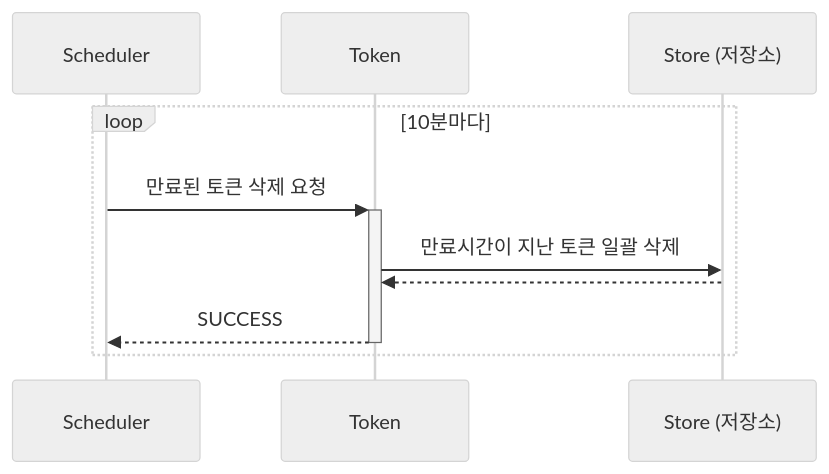
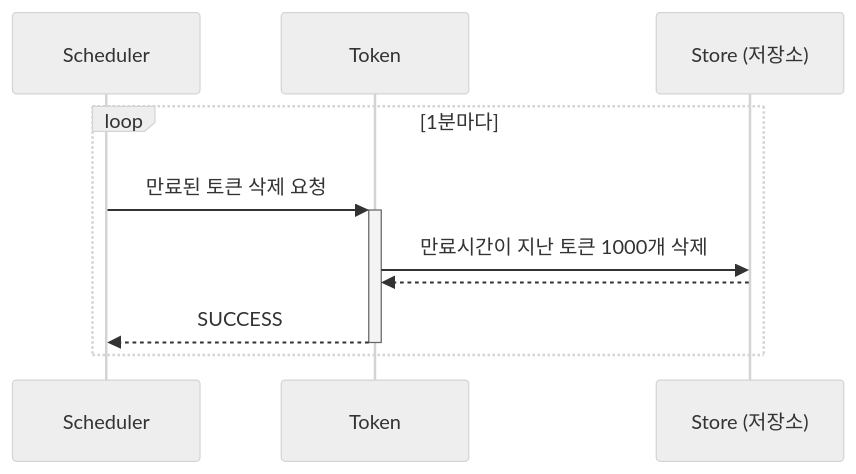
The fourth of 11 diagrams in docs/sequence_diagram.md (giwonn/hhplus-concert), drawn with Mermaid (neutral theme) before and after one commit. The commit also changed other lines of this file, not shown here.

Commit message:
docs: 시퀀스 다이어그램 변경

````diff
--- a/docs/sequence_diagram.md
+++ b/docs/sequence_diagram.md
@@ -77,13 +77,13 @@
 ```mermaid
 sequenceDiagram
     participant Scheduler as Scheduler
     participant Token as Token
     participant Store as Store (저장소)
 
-    loop 10분마다
+    loop 1분마다
         Scheduler ->>+ Token: 만료된 토큰 삭제 요청
-        Token ->> Store: 만료시간이 지난 토큰 일괄 삭제
+        Token ->> Store: 만료시간이 지난 토큰 1000개 삭제
         Store -->> Token: 
         Token -->>- Scheduler: SUCCESS
     end
 ```
````
